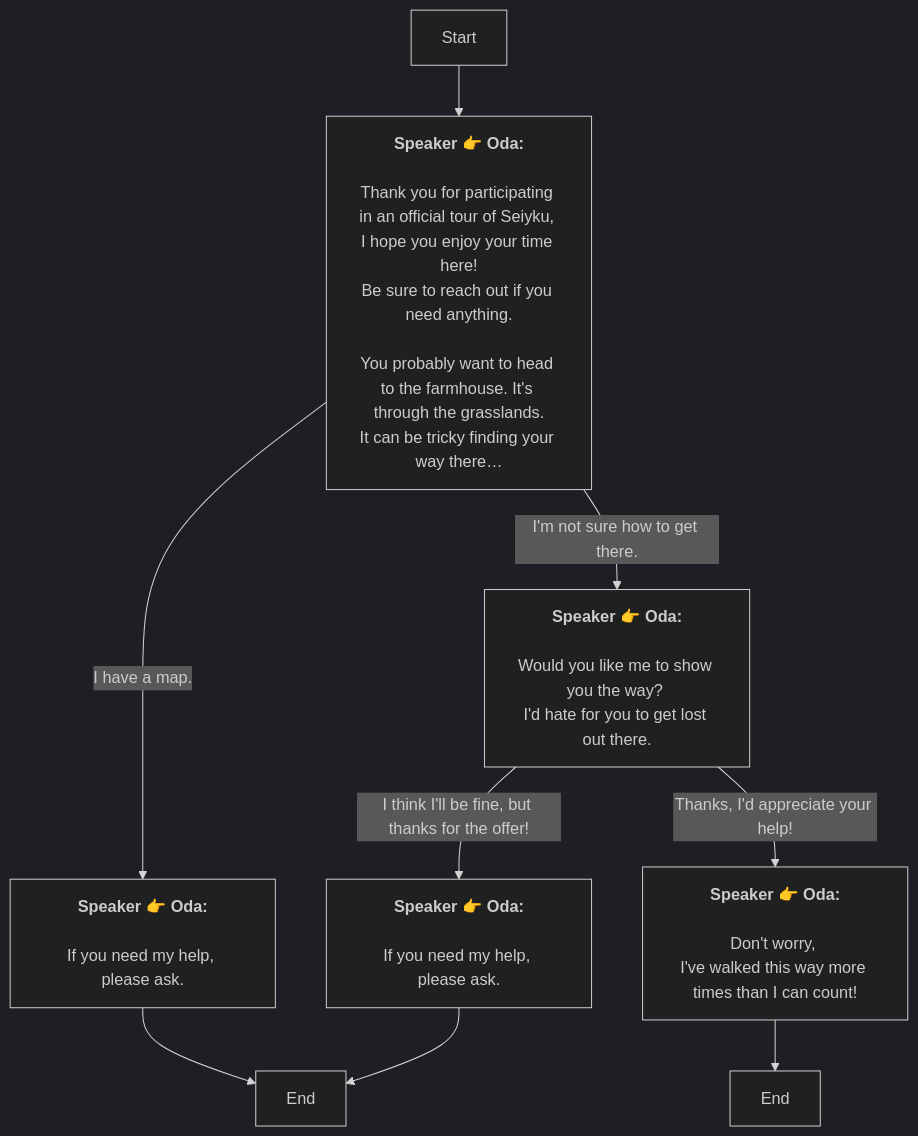
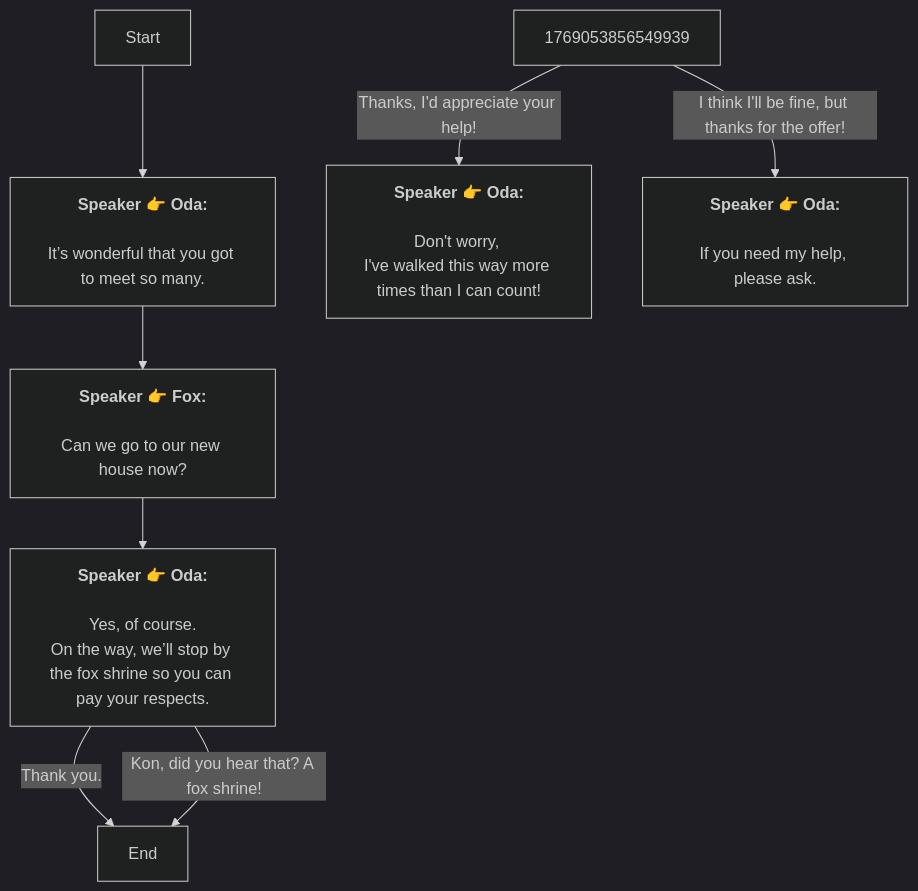
The diagram in Zh/QuestTalkObjectiveNode_1769053514232872.md (SoftHu/tos_avg), drawn with Mermaid (dark theme) before and after one commit. The commit also changed 410 other files, not shown here.

````diff
--- a/Zh/QuestTalkObjectiveNode_1769053514232872.md
+++ b/Zh/QuestTalkObjectiveNode_1769053514232872.md
@@ -1,23 +1,18 @@
 ```mermaid
 graph
 Start -->1769053689356331[<b>Speaker 👉 Oda:</b>
-\nThank you for participating in an official tour of Seiyku, 
-I hope you enjoy your time here!
-Be sure to reach out if you need anything.
-\nYou probably want to head to the farmhouse. It's through the grasslands.
-It can be tricky finding your way there…]
-1769053689356331 -->|I have a map.|1769053814405170[<b>Speaker 👉 Oda:</b>
-\nIf you need my help, please ask.]
-1769053689356331 -->|I'm not sure how to get there.|1769053856549939[<b>Speaker 👉 Oda:</b>
-\nWould you like me to show you the way? 
-I'd hate for you to get lost out there.]
-1769053814405170 -->1769053908926523[End]
+\nIt’s wonderful that you got to meet so many.]
+1769053689356331 -->1775362772250093[<b>Speaker 👉 Fox:</b>
+\nCan we go to our new house now?]
+1775362772250093 -->1775362909569524[<b>Speaker 👉 Oda:</b>
+\nYes, of course.
+On the way, we’ll stop by the fox shrine so you can pay your respects.]
+1775362909569524 -->|Thank you.|1769053918352444[End]
+1775362909569524 -->|Kon, did you hear that? A fox shrine!|1769053918352444[End]
 1769053856549939 -->|Thanks, I'd appreciate your help!|1769053886069817[<b>Speaker 👉 Oda:</b>
 \nDon't worry, 
 I've walked this way more times than I can count!]
 1769053856549939 -->|I think I'll be fine, but thanks for the offer!|1769053889369146[<b>Speaker 👉 Oda:</b>
 \nIf you need my help, please ask.]
-1769053886069817 -->1769053918352444[End]
-1769053889369146 -->1769053908926523[End]
 
 ```
````
